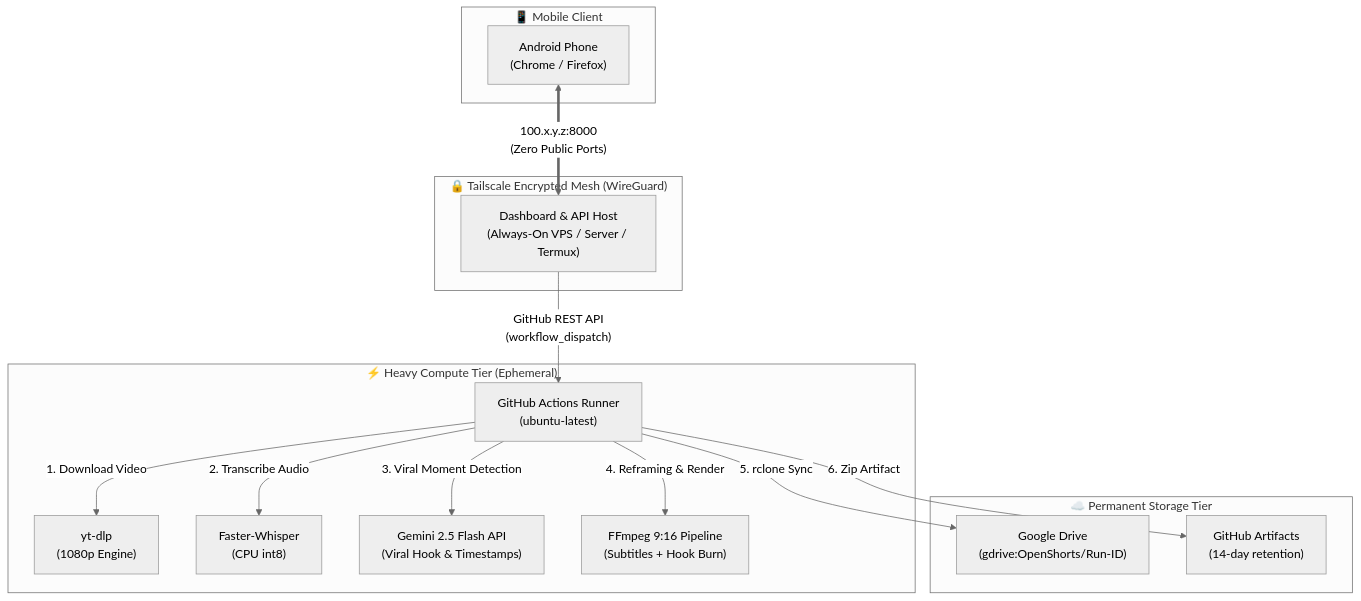
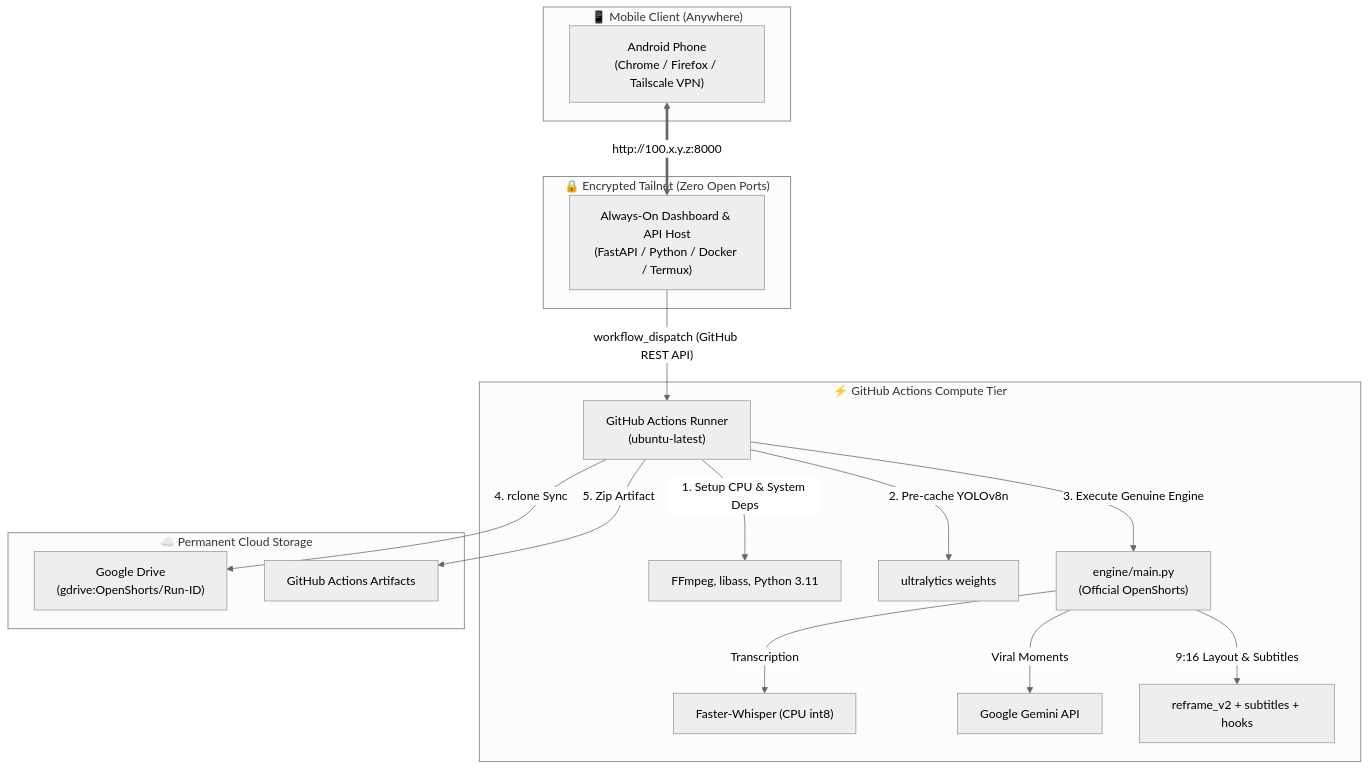
Before and after one commit to mystxnavadeep/openshorts-automation: the diagram in docs/ARCHITECTURE.md, drawn with Mermaid (neutral theme). The commit also changed other lines of this file and 122 other files, not shown here.

First line of the commit message:
fix(audit): integrate genuine official OpenShorts engine and remove mock scripts

````diff
--- a/docs/ARCHITECTURE.md
+++ b/docs/ARCHITECTURE.md
@@ -9,23 +32,25 @@
 ```mermaid
 flowchart TD
-    subgraph Client["📱 Mobile Client"]
-        A["Android Phone\n(Chrome / Firefox)"]
+    subgraph Client["📱 Mobile Client (Anywhere)"]
+        A["Android Phone\n(Chrome / Firefox / Tailscale VPN)"]
     end
 
-    subgraph Tailnet["🔒 Tailscale Encrypted Mesh (WireGuard)"]
-        A <==>|"100.x.y.z:8000\n(Zero Public Ports)"| B["Dashboard & API Host\n(Always-On VPS / Server / Termux)"]
+    subgraph Tailnet["🔒 Encrypted Tailnet (Zero Open Ports)"]
+        A <==>|"http://100.x.y.z:8000"| B["Always-On Dashboard & API Host\n(FastAPI / Python / Docker / Termux)"]
     end
 
-    subgraph Automation["⚡ Heavy Compute Tier (Ephemeral)"]
-        B -->|"GitHub REST API\n(workflow_dispatch)"| C["GitHub Actions Runner\n(ubuntu-latest)"]
-        C -->|"1. Download Video"| D["yt-dlp\n(1080p Engine)"]
-        C -->|"2. Transcribe Audio"| E["Faster-Whisper\n(CPU int8)"]
-        C -->|"3. Viral Moment Detection"| F["Gemini 2.5 Flash API\n(Viral Hook & Timestamps)"]
-        C -->|"4. Reframing & Render"| G["FFmpeg 9:16 Pipeline\n(Subtitles + Hook Burn)"]
+    subgraph Compute["⚡ GitHub Actions Compute Tier"]
+        B -->|"workflow_dispatch (GitHub REST API)"| C["GitHub Actions Runner\n(ubuntu-latest)"]
+        C -->|"1. Setup CPU & System Deps"| D["FFmpeg, libass, Python 3.11"]
+        C -->|"2. Pre-cache YOLOv8n"| E["ultralytics weights"]
+        C -->|"3. Execute Genuine Engine"| F["engine/main.py\n(Official OpenShorts)"]
+        F -->|"Transcription"| G["Faster-Whisper (CPU int8)"]
+        F -->|"Viral Moments"| H["Google Gemini API"]
+        F -->|"9:16 Layout & Subtitles"| I["reframe_v2 + subtitles + hooks"]
     end
 
-    subgraph Storage["☁️ Permanent Storage Tier"]
-        C -->|"5. rclone Sync"| H["Google Drive\n(gdrive:OpenShorts/Run-ID)"]
-        C -->|"6. Zip Artifact"| I["GitHub Artifacts\n(14-day retention)"]
+    subgraph Storage["☁️ Permanent Cloud Storage"]
+        C -->|"4. rclone Sync"| J["Google Drive\n(gdrive:OpenShorts/Run-ID)"]
+        C -->|"5. Zip Artifact"| K["GitHub Actions Artifacts"]
     end
 ```
````
